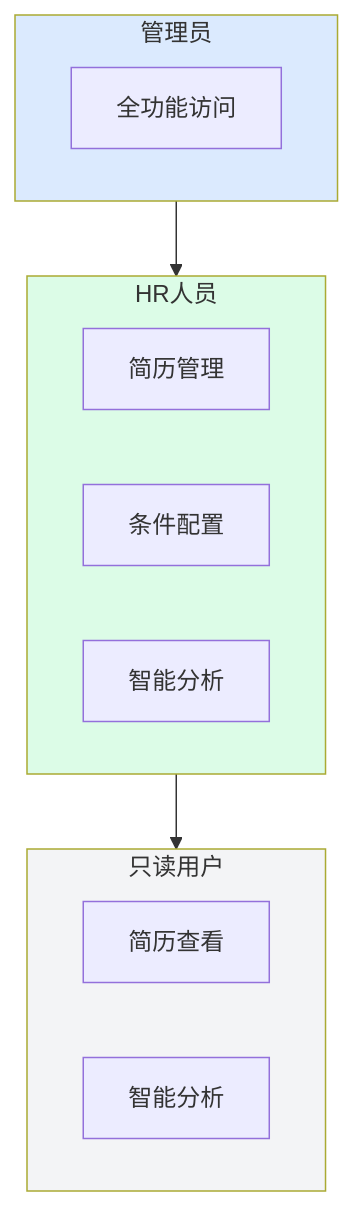
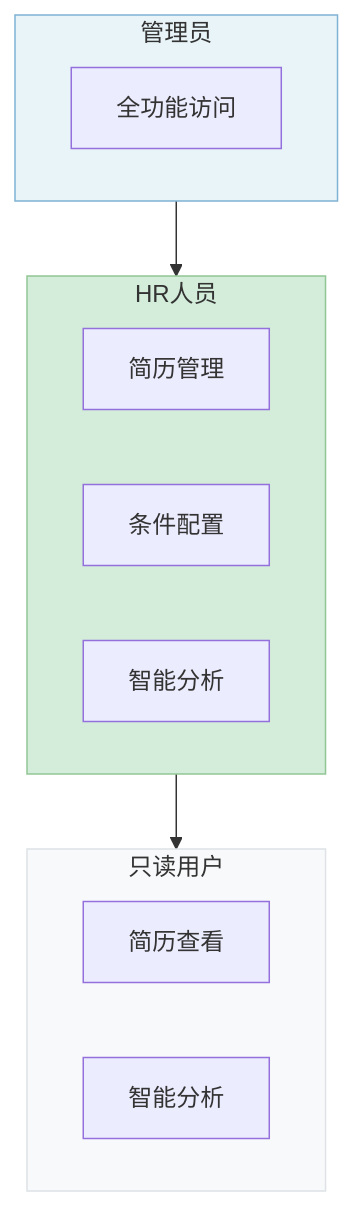
One commit to xt765/ResumeScreening changed the eighth of 8 diagrams in docs/usage.md. Above: the diagram before and after it, drawn with Mermaid. The commit also changed other lines of this file and 4 other files, not shown here.

````diff
--- a/docs/usage.md
+++ b/docs/usage.md
@@ -438,24 +439,24 @@
 ```mermaid
 graph TD
     subgraph Admin [管理员]
         A[全功能访问]
     end
     
     subgraph HR [HR人员]
         B1[简历管理]
         B2[条件配置]
         B3[智能分析]
     end
     
     subgraph Viewer [只读用户]
         C1[简历查看]
         C2[智能分析]
     end
     
     Admin --> HR
     HR --> Viewer
     
-    style Admin fill:#dbeafe
-    style HR fill:#dcfce7
-    style Viewer fill:#f3f4f6
+    style Admin fill:#e8f4f8,stroke:#7fb3d5
+    style HR fill:#d4edda,stroke:#90c695
+    style Viewer fill:#f8f9fa,stroke:#dee2e6
 ```
````
